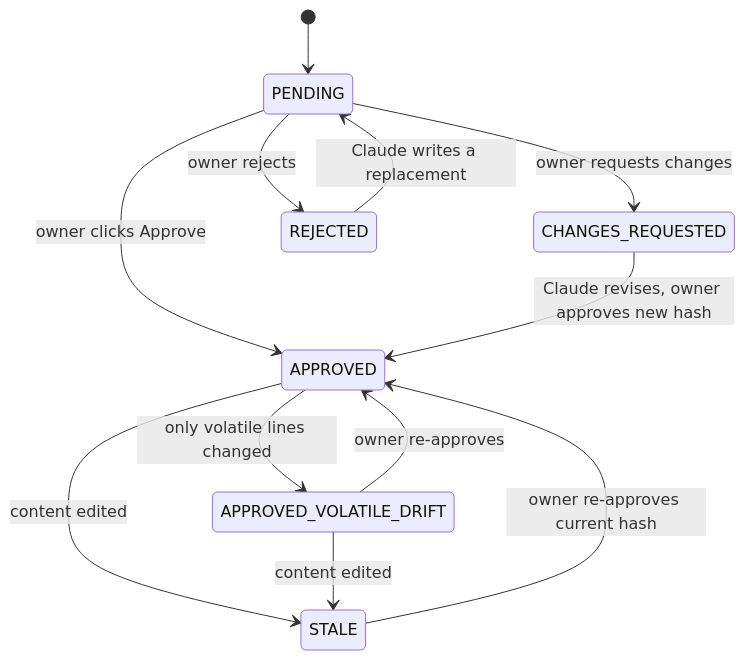
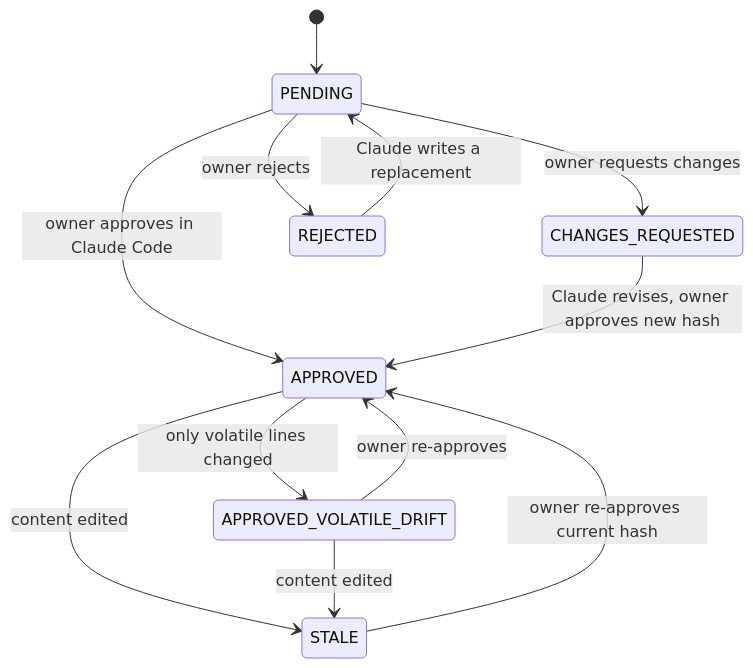
The first of 2 diagrams in wiki/operations/ops-approval-workflow.md (VarunOjha/nurav-ferrum), drawn with Mermaid before and after one commit. The commit also changed other lines of this file and 70 other files, not shown here.

First line of the commit message:
docs(rules): portal v2 rules - approvals in Claude Code, read-only portal, PowerShell checks, 4 architecture groups, masking [p0.17]

````diff
--- a/wiki/operations/ops-approval-workflow.md
+++ b/wiki/operations/ops-approval-workflow.md
@@ -50,14 +62,14 @@
 ```mermaid
 stateDiagram-v2
     [*] --> PENDING
-    PENDING --> APPROVED: owner clicks Approve
+    PENDING --> APPROVED: owner approves in Claude Code
     PENDING --> CHANGES_REQUESTED: owner requests changes
     PENDING --> REJECTED: owner rejects
     CHANGES_REQUESTED --> APPROVED: Claude revises, owner approves new hash
     APPROVED --> APPROVED_VOLATILE_DRIFT: only volatile lines changed
     APPROVED_VOLATILE_DRIFT --> APPROVED: owner re-approves
     APPROVED --> STALE: content edited
     APPROVED_VOLATILE_DRIFT --> STALE: content edited
     STALE --> APPROVED: owner re-approves current hash
     REJECTED --> PENDING: Claude writes a replacement
 ```
````
